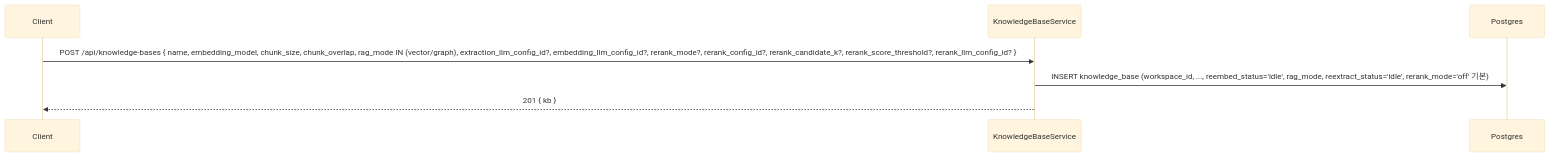
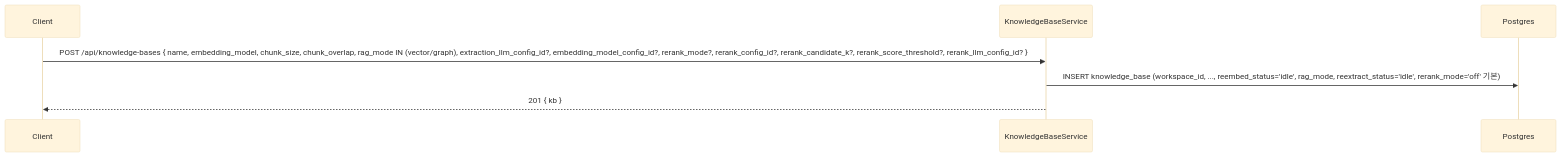
One commit to worker-ants/clemvion changed the first of 6 diagrams in spec/data-flow/6-knowledge-base.md. Above: the diagram before and after it, drawn with Mermaid (base theme). The commit also changed other lines of this file and 173 other files, not shown here.

First line of the commit message:
feat: 통합 모델 관리(Models) — LLM/Embedding/Rerank 단일화 + 임베딩 1급화 (#541)

````diff
--- a/spec/data-flow/6-knowledge-base.md
+++ b/spec/data-flow/6-knowledge-base.md
@@ -38,10 +38,10 @@
 ```mermaid
 sequenceDiagram
   participant C as Client
   participant Svc as KnowledgeBaseService
   participant PG as Postgres
 
-  C->>Svc: POST /api/knowledge-bases { name, embedding_model, chunk_size, chunk_overlap, rag_mode IN (vector/graph), extraction_llm_config_id?, embedding_llm_config_id?, rerank_mode?, rerank_config_id?, rerank_candidate_k?, rerank_score_threshold?, rerank_llm_config_id? }
+  C->>Svc: POST /api/knowledge-bases { name, embedding_model, chunk_size, chunk_overlap, rag_mode IN (vector/graph), extraction_llm_config_id?, embedding_model_config_id?, rerank_mode?, rerank_config_id?, rerank_candidate_k?, rerank_score_threshold?, rerank_llm_config_id? }
   Svc->>PG: INSERT knowledge_base (workspace_id, ..., reembed_status='idle', rag_mode, reextract_status='idle', rerank_mode='off' 기본)
   Svc-->>C: 201 { kb }
 ```
````
